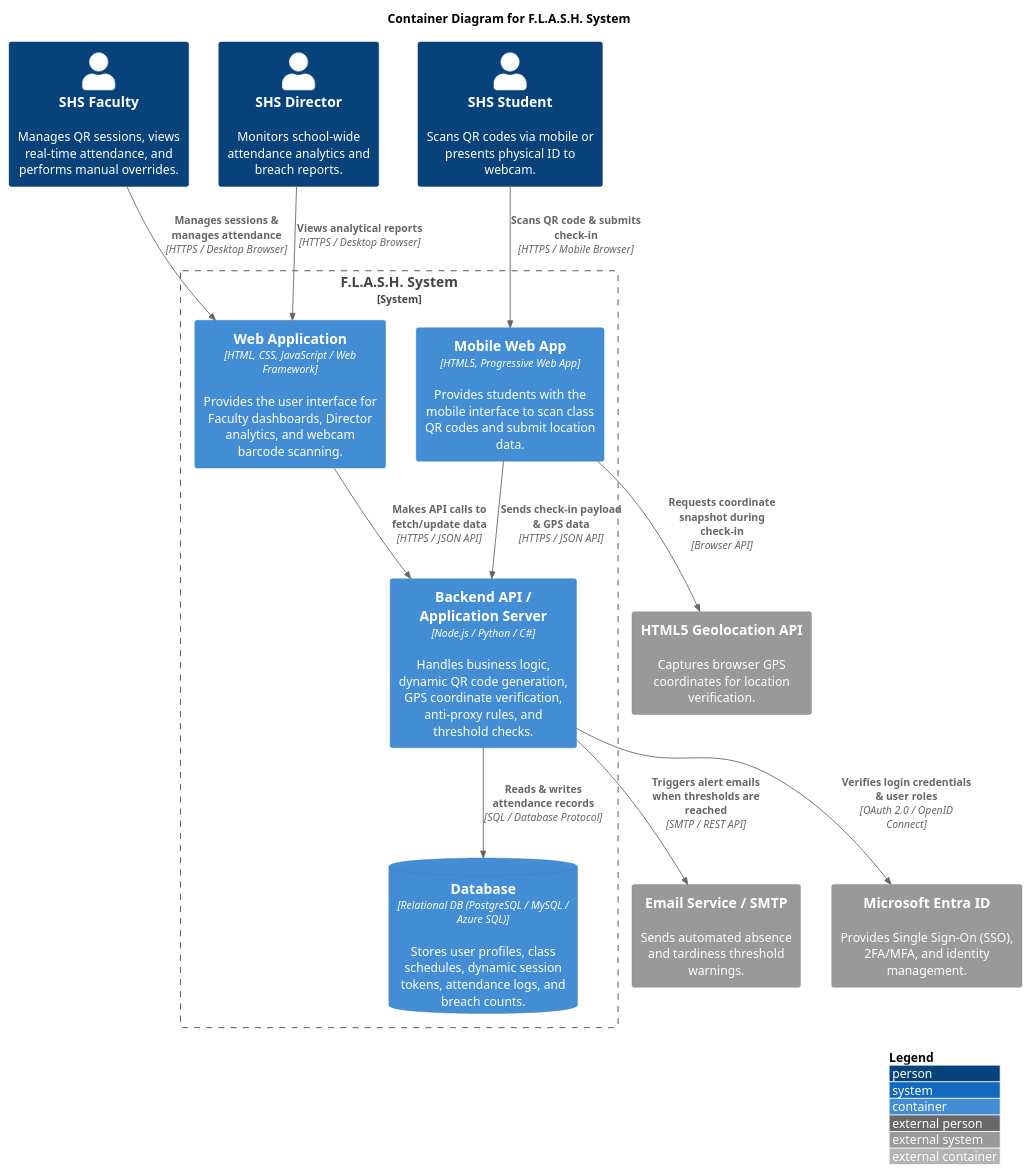
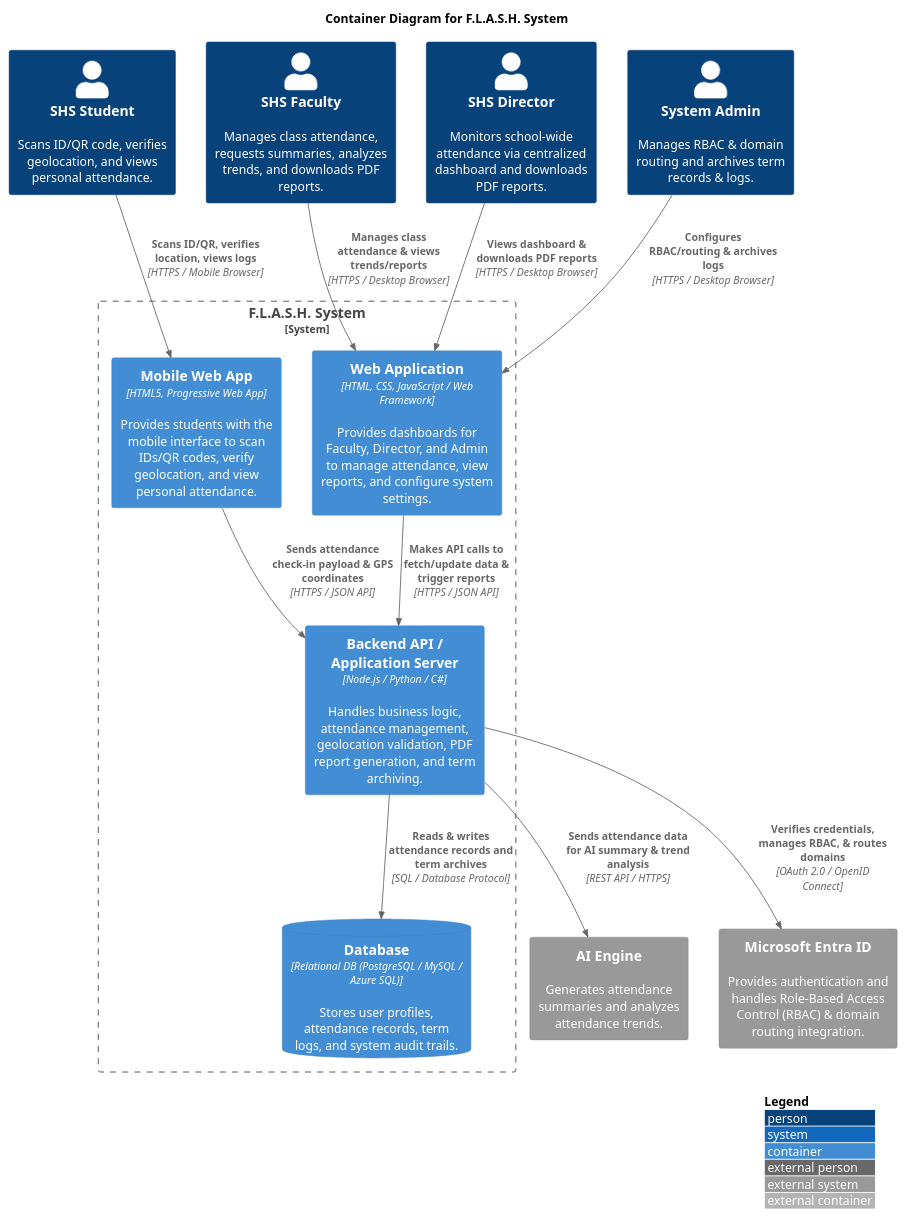
The diagram in docs/MSYADD1/System Container Diagram.puml (APC-SoCIT/APC-2026-2027-T1-IT241-Grp2-F.L.A.S.H-Fast-Logging-Automated-Secure-Hybrid-attendance), drawn with PlantUML before and after one commit.

Commit message:
Updated the System container diagram

```diff
--- a/docs/MSYADD1/System Container Diagram.puml
+++ b/docs/MSYADD1/System Container Diagram.puml
@@ -1,41 +1,41 @@
 @startuml
 !include https://raw.githubusercontent.com/plantuml-stdlib/C4-PlantUML/master/C4_Container.puml
 
 LAYOUT_WITH_LEGEND()
 
 title Container Diagram for F.L.A.S.H. System
 
 ' Persons / Users
-Person(student, "SHS Student", "Scans QR codes via mobile or presents physical ID to webcam.")
-Person(faculty, "SHS Faculty", "Manages QR sessions, views real-time attendance, and performs manual overrides.")
-Person(director, "SHS Director", "Monitors school-wide attendance analytics and breach reports.")
+Person(student, "SHS Student", "Scans ID/QR code, verifies geolocation, and views personal attendance.")
+Person(faculty, "SHS Faculty", "Manages class attendance, requests summaries, analyzes trends, and downloads PDF reports.")
+Person(director, "SHS Director", "Monitors school-wide attendance via centralized dashboard and downloads PDF reports.")
+Person(admin, "System Admin", "Manages RBAC & domain routing and archives term records & logs.")
 
 ' System Boundary
 System_Boundary(flash_system, "F.L.A.S.H. System") {
-    Container(web_app, "Web Application", "HTML, CSS, JavaScript / Web Framework", "Provides the user interface for Faculty dashboards, Director analytics, and webcam barcode scanning.")
-    Container(mobile_web, "Mobile Web App", "HTML5, Progressive Web App", "Provides students with the mobile interface to scan class QR codes and submit location data.")
-    Container(backend_api, "Backend API / Application Server", "Node.js / Python / C#", "Handles business logic, dynamic QR code generation, GPS coordinate verification, anti-proxy rules, and threshold checks.")
-    ContainerDb(database, "Database", "Relational DB (PostgreSQL / MySQL / Azure SQL)", "Stores user profiles, class schedules, dynamic session tokens, attendance logs, and breach counts.")
+    Container(web_app, "Web Application", "HTML, CSS, JavaScript / Web Framework", "Provides dashboards for Faculty, Director, and Admin to manage attendance, view reports, and configure system settings.")
+    Container(mobile_web, "Mobile Web App", "HTML5, Progressive Web App", "Provides students with the mobile interface to scan IDs/QR codes, verify geolocation, and view personal attendance.")
+    Container(backend_api, "Backend API / Application Server", "Node.js / Python / C#", "Handles business logic, attendance management, geolocation validation, PDF report generation, and term archiving.")
+    ContainerDb(database, "Database", "Relational DB (PostgreSQL / MySQL / Azure SQL)", "Stores user profiles, attendance records, term logs, and system audit trails.")
 }
 
 ' External Systems
-System_Ext(entra, "Microsoft Entra ID", "Provides Single Sign-On (SSO), 2FA/MFA, and identity management.")
-System_Ext(email, "Email Service / SMTP", "Sends automated absence and tardiness threshold warnings.")
-System_Ext(gps, "HTML5 Geolocation API", "Captures browser GPS coordinates for location verification.")
+System_Ext(ai_engine, "AI Engine", "Generates attendance summaries and analyzes attendance trends.")
+System_Ext(entra, "Microsoft Entra ID", "Provides authentication and handles Role-Based Access Control (RBAC) & domain routing integration.")
 
 ' User Interactions
-Rel(student, mobile_web, "Scans QR code & submits check-in", "HTTPS / Mobile Browser")
-Rel(faculty, web_app, "Manages sessions & manages attendance", "HTTPS / Desktop Browser")
-Rel(director, web_app, "Views analytical reports", "HTTPS / Desktop Browser")
+Rel(student, mobile_web, "Scans ID/QR, verifies location, views logs", "HTTPS / Mobile Browser")
+Rel(faculty, web_app, "Manages class attendance & views trends/reports", "HTTPS / Desktop Browser")
+Rel(director, web_app, "Views dashboard & downloads PDF reports", "HTTPS / Desktop Browser")
+Rel(admin, web_app, "Configures RBAC/routing & archives logs", "HTTPS / Desktop Browser")
 
 ' Internal Container Relationships
-Rel(web_app, backend_api, "Makes API calls to fetch/update data", "HTTPS / JSON API")
-Rel(mobile_web, backend_api, "Sends check-in payload & GPS data", "HTTPS / JSON API")
-Rel(backend_api, database, "Reads & writes attendance records", "SQL / Database Protocol")
+Rel(web_app, backend_api, "Makes API calls to fetch/update data & trigger reports", "HTTPS / JSON API")
+Rel(mobile_web, backend_api, "Sends attendance check-in payload & GPS coordinates", "HTTPS / JSON API")
+Rel(backend_api, database, "Reads & writes attendance records and term archives", "SQL / Database Protocol")
 
 ' External System Relationships
-Rel(backend_api, entra, "Verifies login credentials & user roles", "OAuth 2.0 / OpenID Connect")
-Rel(backend_api, email, "Triggers alert emails when thresholds are reached", "SMTP / REST API")
-Rel(mobile_web, gps, "Requests coordinate snapshot during check-in", "Browser API")
+Rel(backend_api, ai_engine, "Sends attendance data for AI summary & trend analysis", "REST API / HTTPS")
+Rel(backend_api, entra, "Verifies credentials, manages RBAC, & routes domains", "OAuth 2.0 / OpenID Connect")
 
-@endl
+@enduml
```
